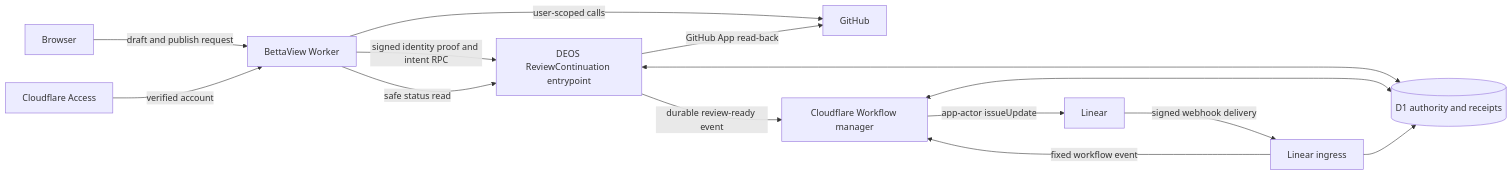
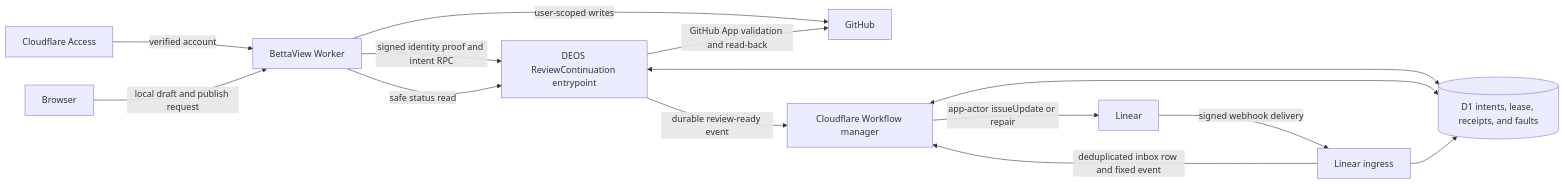
The diagram in openspec/changes/sac-182/design.md (sachinkundu/deos), drawn with Mermaid before and after one commit. The commit also changed other lines of this file, not shown here.

Commit message:
DEOS planning manifest workflow:2a653831-c1ec-4db7-972a-d0d08ac0a3d8:e75aad25-c32f-4c23-8184-b4b38388a631:run:1:system_action:publish_design_response:github.publish_design_candidate:68e627c483a6bcd2a9e48c1dc4ef44217e324cdaf3f092ad97902006ce3475cf:18

````diff
--- a/openspec/changes/sac-182/design.md
+++ b/openspec/changes/sac-182/design.md
@@ -62,16 +64,16 @@
 ```mermaid
 flowchart LR
-    B[Browser] -->|draft and publish request| BV[BettaView Worker]
-    A[Cloudflare Access] -->|verified account| BV
-    BV -->|user-scoped calls| GH[GitHub]
+    A[Cloudflare Access] -->|verified account| BV[BettaView Worker]
+    B[Browser] -->|local draft and publish request| BV
+    BV -->|user-scoped writes| GH[GitHub]
     BV -->|signed identity proof and intent RPC| RC[DEOS ReviewContinuation entrypoint]
-    RC <--> D1[(D1 authority and receipts)]
-    RC -->|GitHub App read-back| GH
+    RC <--> D1[(D1 intents, lease, receipts, and faults)]
+    RC -->|GitHub App validation and read-back| GH
     RC -->|durable review-ready event| WF[Cloudflare Workflow manager]
     WF <--> D1
-    WF -->|app-actor issueUpdate| LI[Linear]
+    WF -->|app-actor issueUpdate or repair| LI[Linear]
     LI -->|signed webhook delivery| IN[Linear ingress]
+    IN -->|deduplicated inbox row and fixed event| WF
     IN --> D1
-    IN -->|fixed workflow event| WF
     BV -->|safe status read| RC
 ```
````
